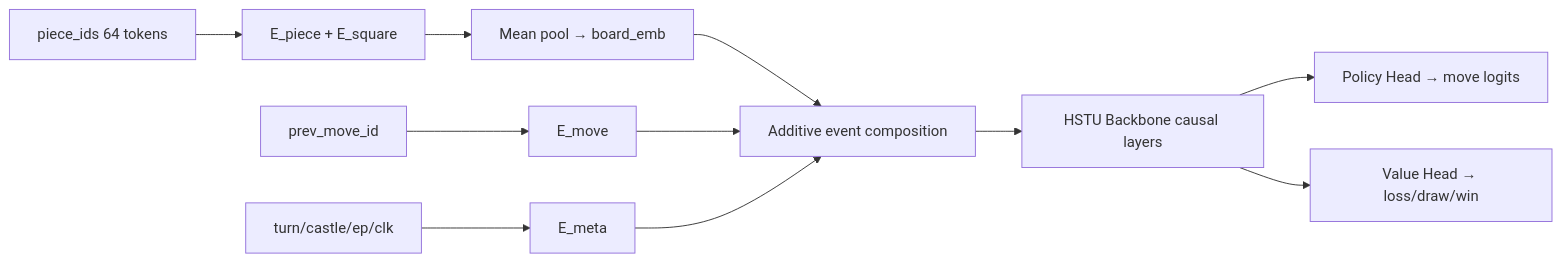
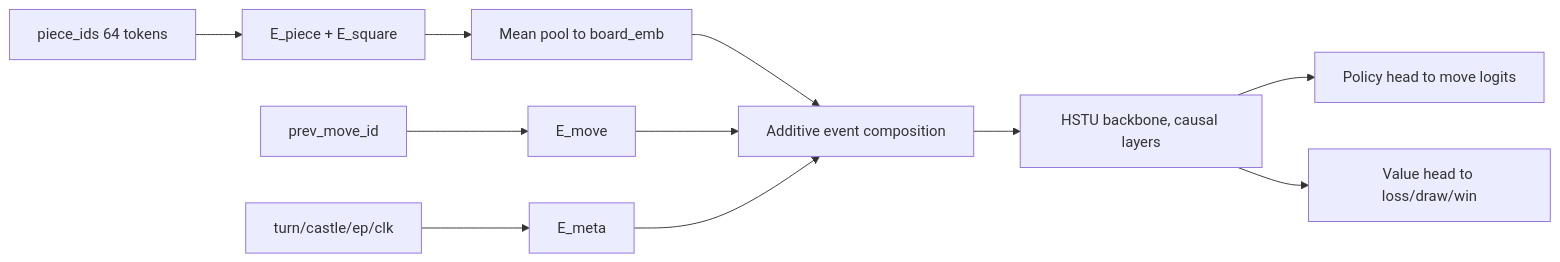
One commit to viig99/viig99.github.io changed the first of 2 diagrams in content/docs/posts/imba-chess.md. Above: the diagram before and after it, drawn with Mermaid. The commit also changed other lines of this file, not shown here.

First line of the commit message:
Update imba-chess post: halving search, 2250 strength arc, policy distillation

```diff
--- a/content/docs/posts/imba-chess.md
+++ b/content/docs/posts/imba-chess.md
@@ -188,13 +122,13 @@
 {{< mermaid >}}
 flowchart LR
     A[piece_ids 64 tokens] --> B[E_piece + E_square]
-    B --> C[Mean pool → board_emb]
+    B --> C[Mean pool to board_emb]
     D[prev_move_id] --> E[E_move]
     F[turn/castle/ep/clk] --> G[E_meta]
     C --> H[Additive event composition]
     E --> H
     G --> H
-    H --> I[HSTU Backbone causal layers]
-    I --> J[Policy Head → move logits]
-    I --> K[Value Head → loss/draw/win]
+    H --> I[HSTU backbone, causal layers]
+    I --> J[Policy head to move logits]
+    I --> K[Value head to loss/draw/win]
 {{< /mermaid >}}
```
